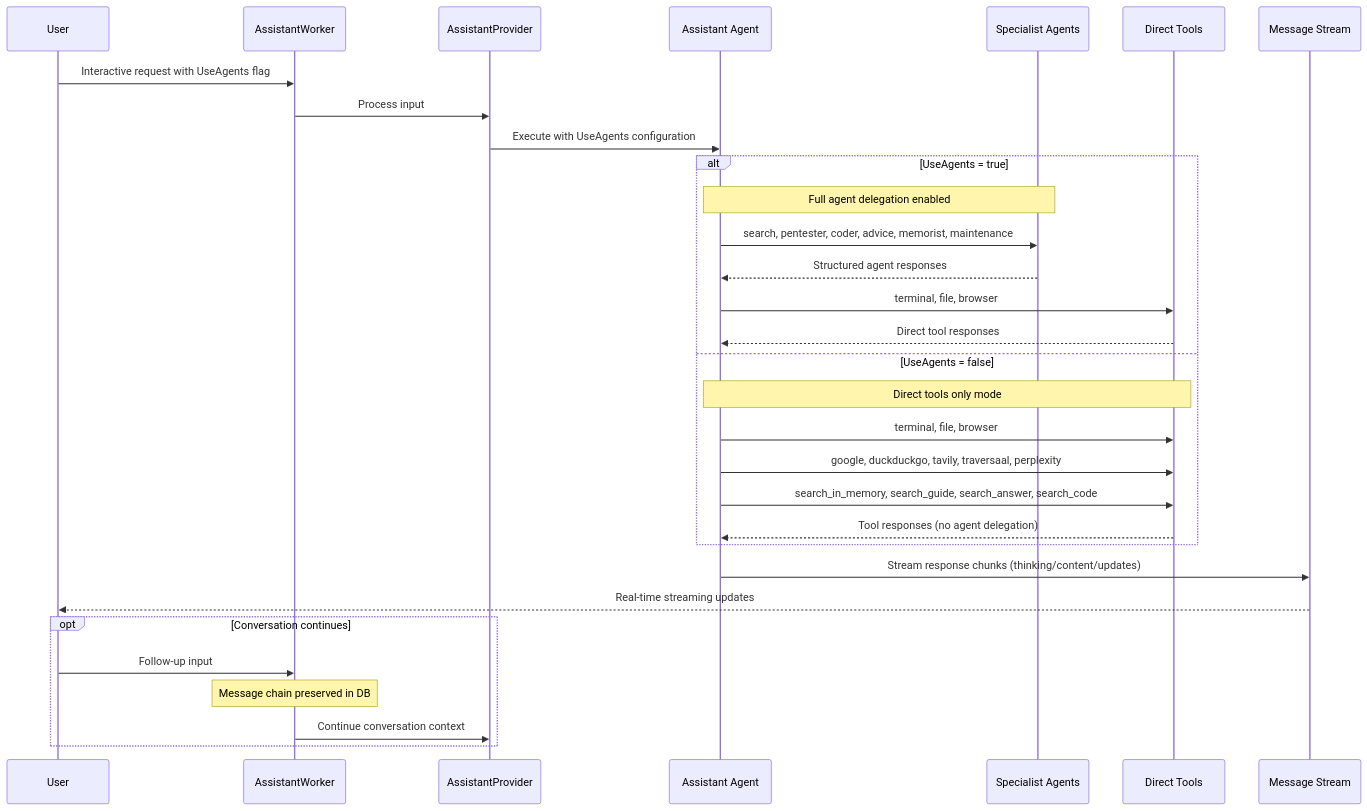
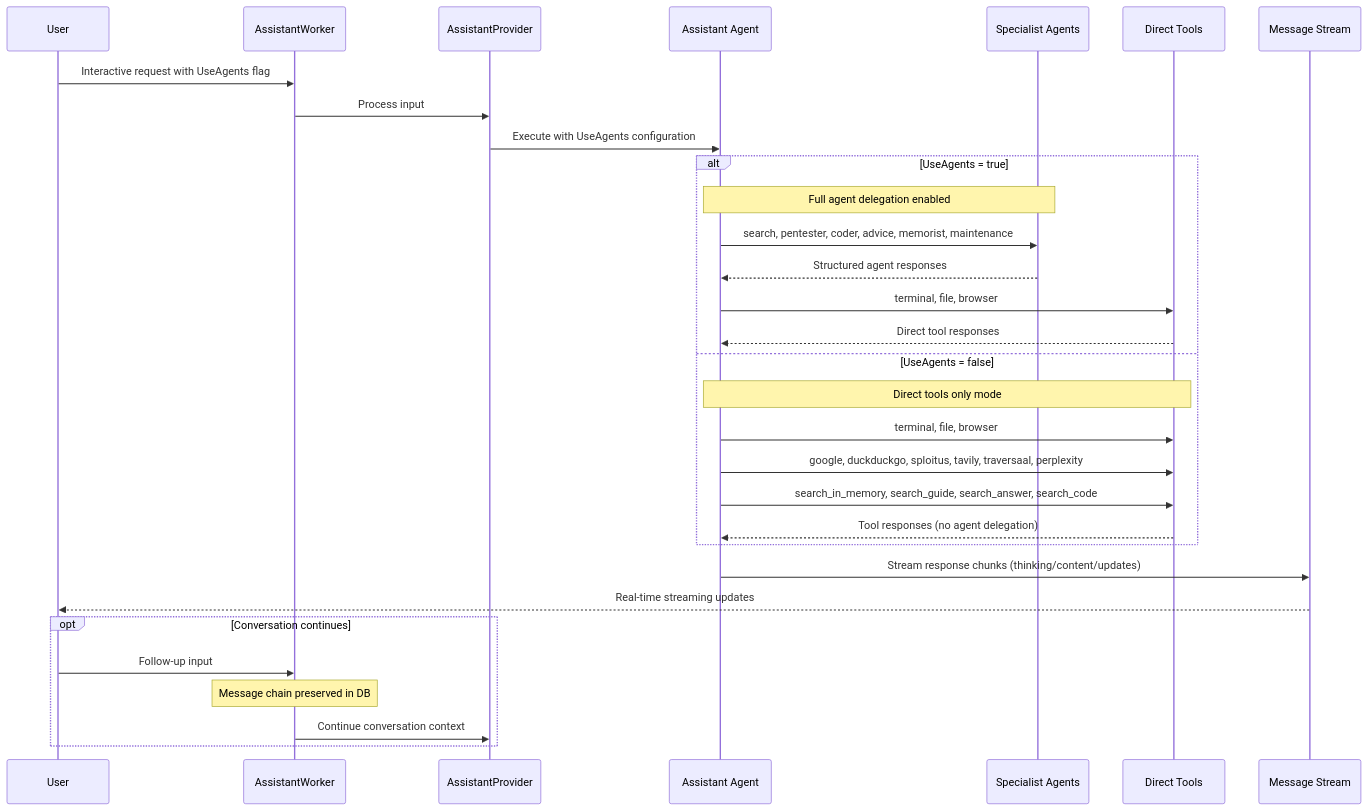
Before and after one commit to pentagi-oss/pentagi: the third of 9 diagrams in backend/docs/flow_execution.md, drawn with Mermaid. The commit also changed other lines of this file and 25 other files, not shown here.

````diff
--- a/backend/docs/flow_execution.md
+++ b/backend/docs/flow_execution.md
@@ -267,37 +271,37 @@
 ```mermaid
 sequenceDiagram
     participant U as User
     participant AW as AssistantWorker
     participant AP as AssistantProvider
     participant AA as Assistant Agent
     participant Specialists as Specialist Agents
     participant DirectTools as Direct Tools
     participant Stream as Message Stream
     
     U->>AW: Interactive request with UseAgents flag
     AW->>AP: Process input
     AP->>AA: Execute with UseAgents configuration
     
     alt UseAgents = true
         Note over AA,Specialists: Full agent delegation enabled
         AA->>Specialists: search, pentester, coder, advice, memorist, maintenance
         Specialists-->>AA: Structured agent responses
         AA->>DirectTools: terminal, file, browser
         DirectTools-->>AA: Direct tool responses
     else UseAgents = false
         Note over AA,DirectTools: Direct tools only mode  
         AA->>DirectTools: terminal, file, browser
-        AA->>DirectTools: google, duckduckgo, tavily, traversaal, perplexity
+        AA->>DirectTools: google, duckduckgo, sploitus, tavily, traversaal, perplexity
         AA->>DirectTools: search_in_memory, search_guide, search_answer, search_code
         DirectTools-->>AA: Tool responses (no agent delegation)
     end
     
     AA->>Stream: Stream response chunks (thinking/content/updates)
     Stream-->>U: Real-time streaming updates
     
     opt Conversation continues
         U->>AW: Follow-up input
         Note over AW: Message chain preserved in DB
         AW->>AP: Continue conversation context
     end
 ```
````
